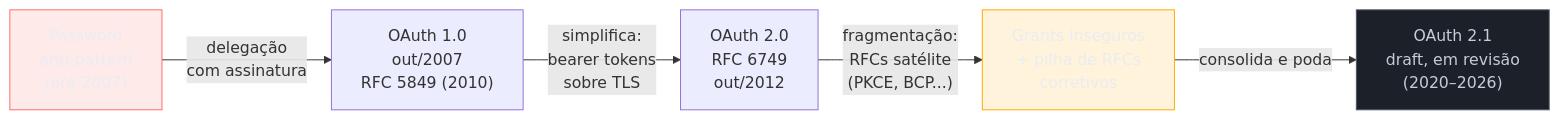
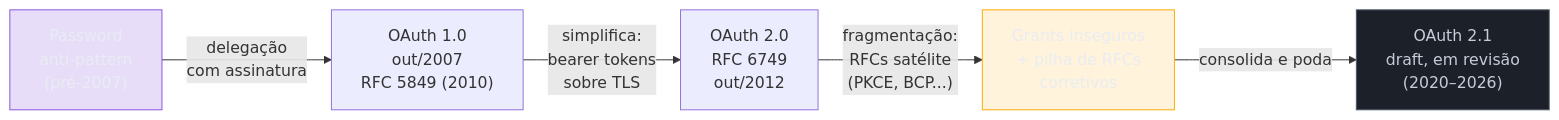
The second of 2 diagrams in 03-Dominios/Engenharia/Auth e Identidade/2 - OAuth 2.1 e OpenID Connect/01 - OAuth — o problema da delegação.md (josenaldo/codex-technomanticus), drawn with Mermaid before and after one commit. The commit also changed 601 other files, not shown here.

````diff
--- a/03-Dominios/Engenharia/Auth e Identidade/2 - OAuth 2.1 e OpenID Connect/01 - OAuth — o problema da delegação.md
+++ b/03-Dominios/Engenharia/Auth e Identidade/2 - OAuth 2.1 e OpenID Connect/01 - OAuth — o problema da delegação.md
@@ -115,14 +115,14 @@
 ```mermaid
 graph LR
-    classDef falha fill:#FF6B6B24,stroke:#FF6B6B,color:#E9ECF2
+    classDef marca fill:#8855DF33,stroke:#8855DF,color:#E9ECF2
     classDef destaque fill:#FFAA0024,stroke:#FFAA00,color:#E9ECF2
     classDef neutro fill:#1B2029,stroke:#4E5666,color:#C6CCD8
     P["Password<br/>anti-pattern<br/>(pré-2007)"] -->|"delegação<br/>com assinatura"| V1["OAuth 1.0<br/>out/2007<br/>RFC 5849 (2010)"]
     V1 -->|"simplifica:<br/>bearer tokens<br/>sobre TLS"| V2["OAuth 2.0<br/>RFC 6749<br/>out/2012"]
     V2 -->|"fragmentação:<br/>RFCs satélite<br/>(PKCE, BCP...)"| SAT["Grants inseguros<br/>+ pilha de RFCs<br/>corretivos"]
     SAT -->|"consolida e poda"| V21["OAuth 2.1<br/>draft, em revisão<br/>(2020–2026)"]
 
-    class P falha
+    class P marca
     class SAT destaque
     class V21 neutro
 ```
````
